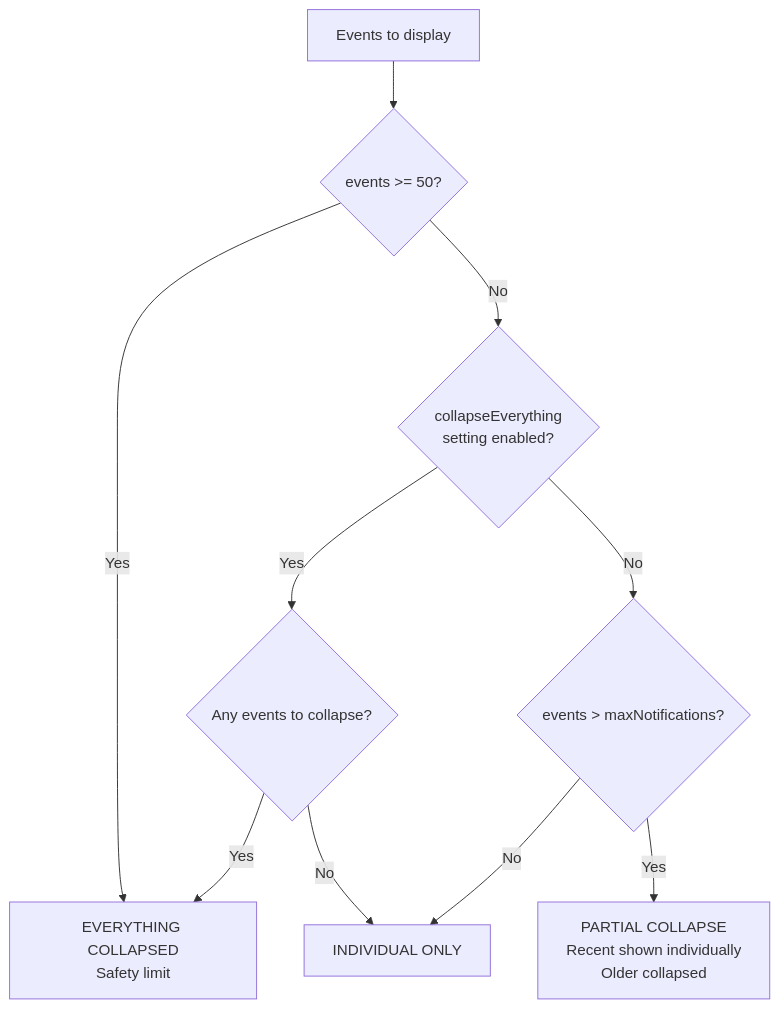
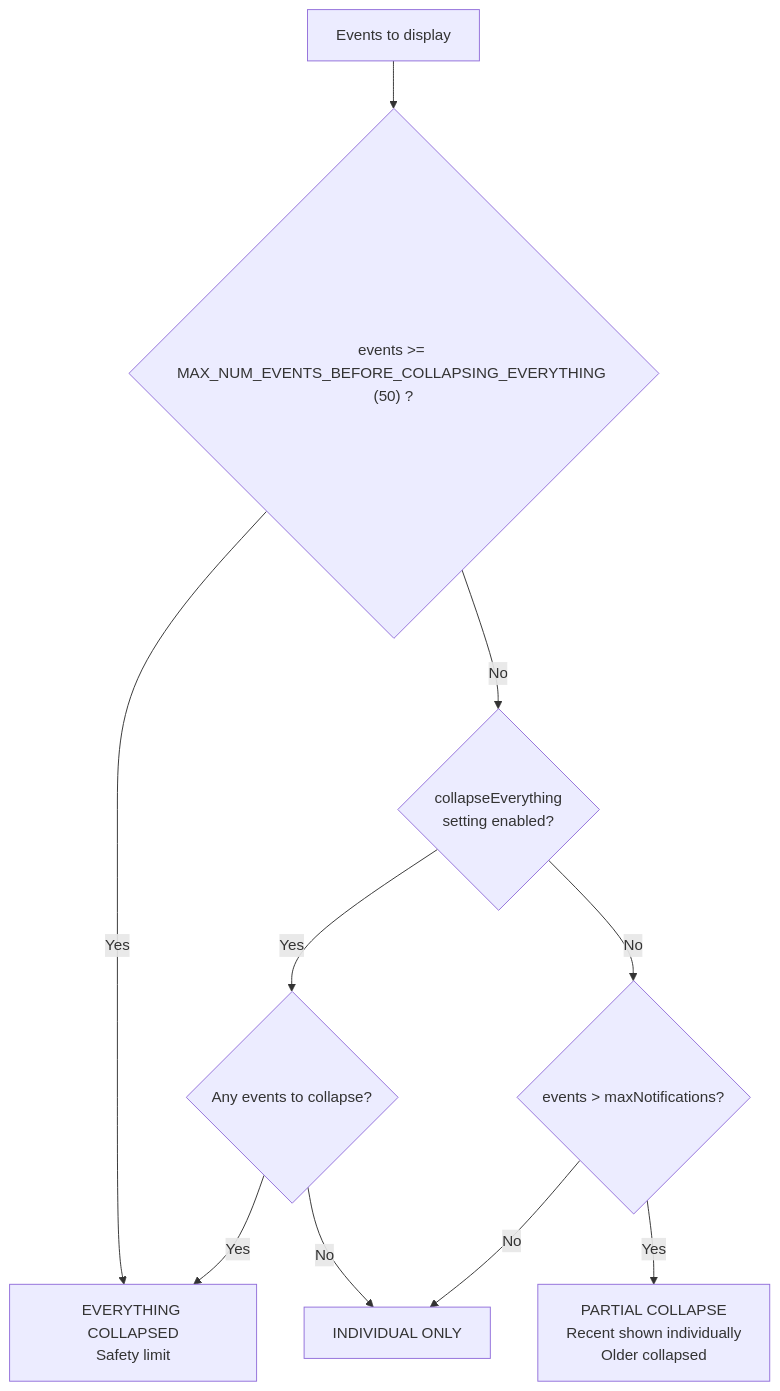
Before and after one commit to williscool/CalendarNotification: the diagram in docs/architecture/notification_architecture.md, drawn with Mermaid. The commit also changed other lines of this file, not shown here.

Commit message:
docs: notification_architecture update

````diff
--- a/docs/architecture/notification_architecture.md
+++ b/docs/architecture/notification_architecture.md
@@ -59,12 +59,12 @@
 ```mermaid
 flowchart TD
-    A[Events to display] --> B{events >= 50?}
+    A[Events to display] --> B{"events >= MAX_NUM_EVENTS_BEFORE_COLLAPSING_EVERYTHING (50) ?"}
     B -->|Yes| C[EVERYTHING COLLAPSED<br/>Safety limit]
     B -->|No| D{collapseEverything<br/>setting enabled?}
     D -->|Yes| E{Any events to collapse?}
     E -->|Yes| C
     E -->|No| F[INDIVIDUAL ONLY]
     D -->|No| G{events > maxNotifications?}
     G -->|Yes| H[PARTIAL COLLAPSE<br/>Recent shown individually<br/>Older collapsed]
     G -->|No| F
 ```
````
